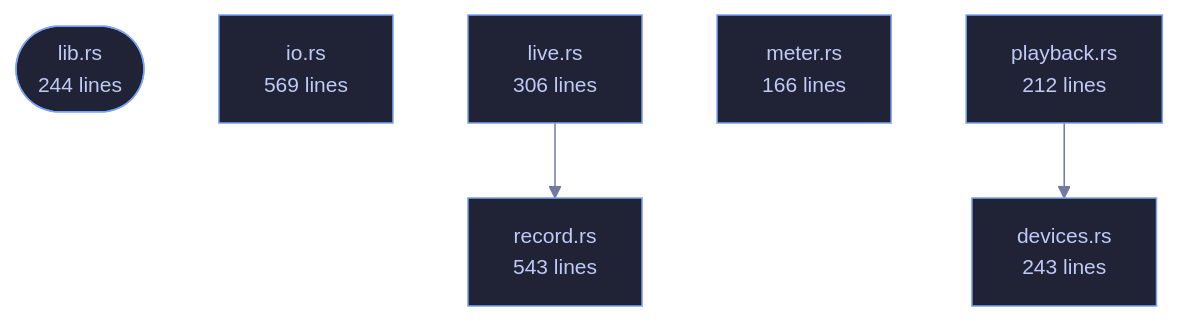
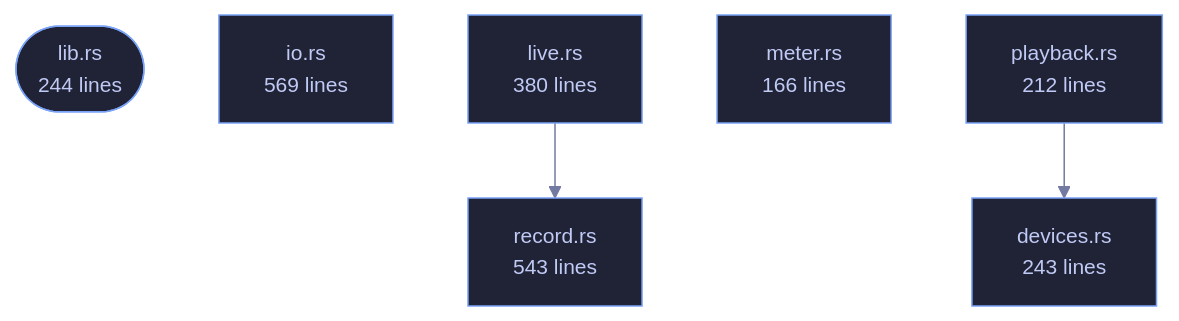
One commit to tilas01/veilvoice changed the diagram in wiki/Crate-veilvoice-audio.md. Above: the diagram before and after it, drawn with Mermaid. The commit also changed other lines of this file and 100 other files, not shown here.

````diff
--- a/wiki/Crate-veilvoice-audio.md
+++ b/wiki/Crate-veilvoice-audio.md
@@ -67,20 +67,20 @@
 ```mermaid
 %%{init: {"theme":"base","themeVariables":{"background":"#1a1b26","primaryColor":"#1f2335","primaryTextColor":"#c0caf5","primaryBorderColor":"#7aa2f7","secondaryColor":"#16161e","tertiaryColor":"#16161e","lineColor":"#737aa2","textColor":"#c0caf5","mainBkg":"#1f2335","nodeBorder":"#7aa2f7","clusterBkg":"#16161e","clusterBorder":"#2f3549","fontFamily":"ui-monospace, SFMono-Regular, Consolas, monospace","fontSize":"14px"}}}%%
 flowchart TD
     n_lib(["lib.rs<br/>244 lines"])
     n_devices["devices.rs<br/>243 lines"]
     n_io["io.rs<br/>569 lines"]
-    n_live["live.rs<br/>306 lines"]
+    n_live["live.rs<br/>380 lines"]
     n_meter["meter.rs<br/>166 lines"]
     n_playback["playback.rs<br/>212 lines"]
     n_record["record.rs<br/>543 lines"]
     n_live --> n_record
     n_playback --> n_devices
     click n_lib href "https://github.com/tilas01/veilvoice/blob/main/crates/veilvoice-audio/src/lib.rs" "open the source"
     click n_devices href "https://github.com/tilas01/veilvoice/blob/main/crates/veilvoice-audio/src/devices.rs" "open the source"
     click n_io href "https://github.com/tilas01/veilvoice/blob/main/crates/veilvoice-audio/src/io.rs" "open the source"
     click n_live href "https://github.com/tilas01/veilvoice/blob/main/crates/veilvoice-audio/src/live.rs" "open the source"
     click n_meter href "https://github.com/tilas01/veilvoice/blob/main/crates/veilvoice-audio/src/meter.rs" "open the source"
     click n_playback href "https://github.com/tilas01/veilvoice/blob/main/crates/veilvoice-audio/src/playback.rs" "open the source"
     click n_record href "https://github.com/tilas01/veilvoice/blob/main/crates/veilvoice-audio/src/record.rs" "open the source"
 ```
````
